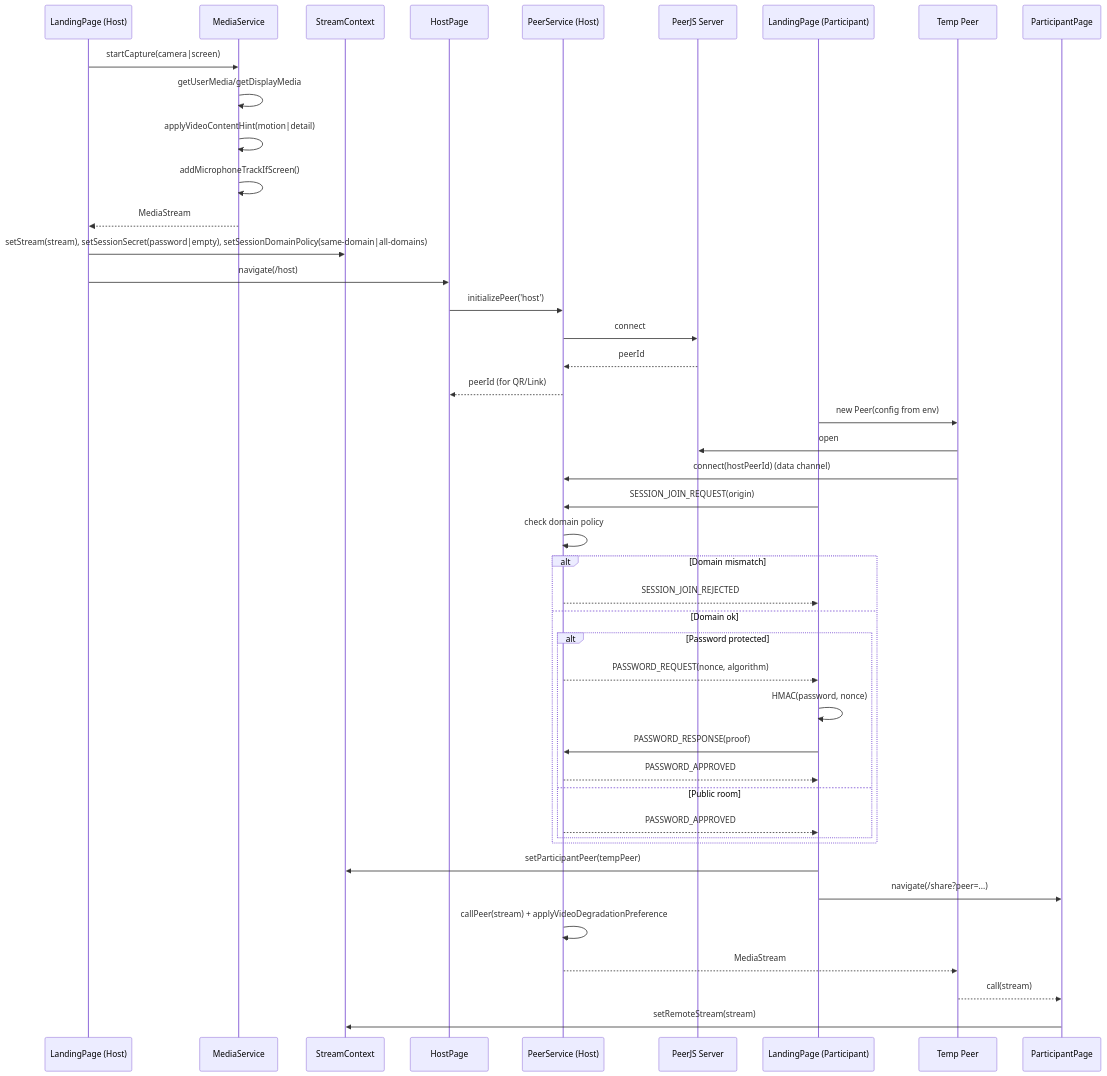
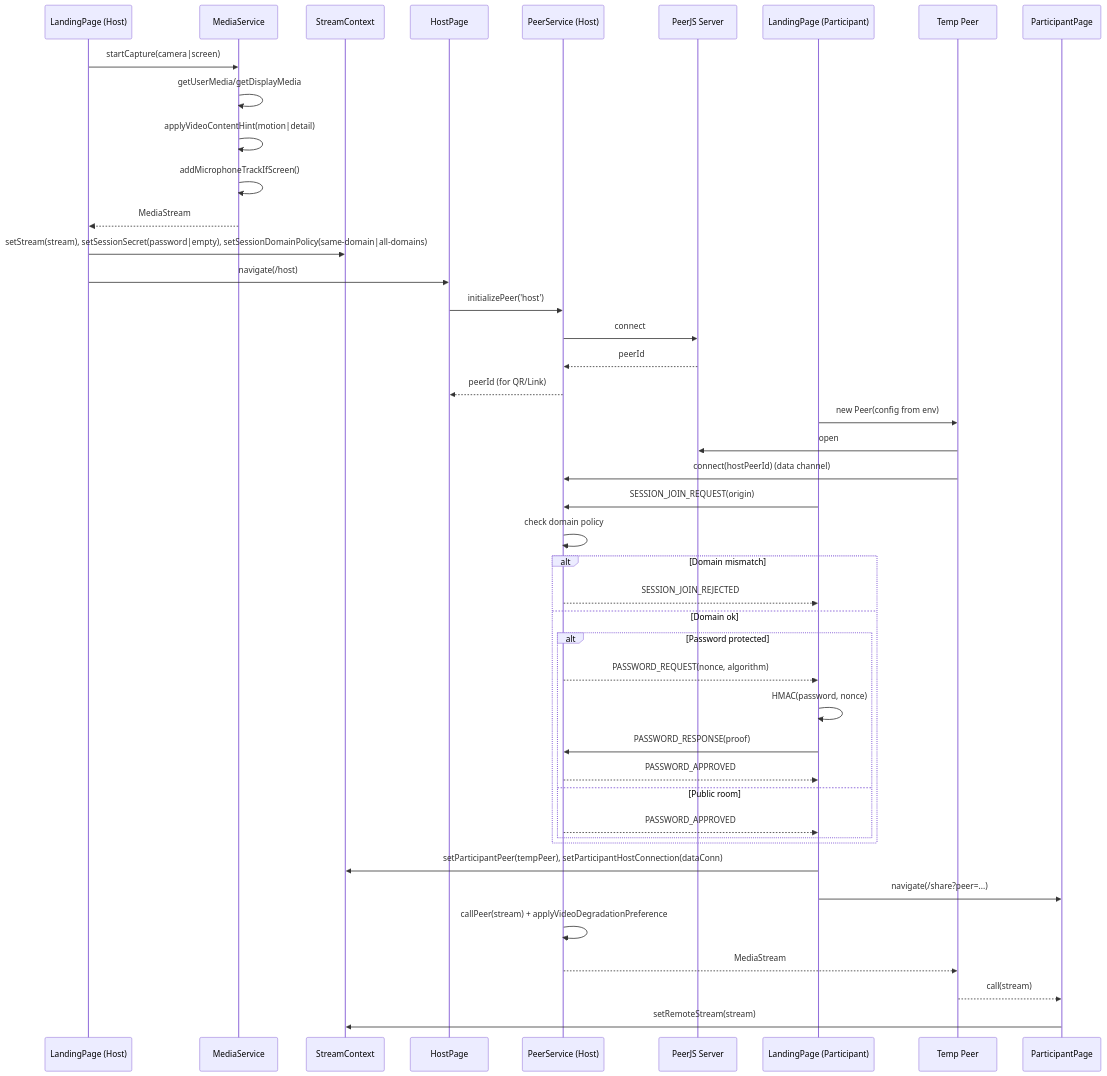
Before and after one commit to BackGwa/Perspective: the first of 11 diagrams in ARCHITECTURE.md, drawn with Mermaid. The commit also changed other lines of this file, not shown here.

First line of the commit message:
Document chat messaging and in-session chat flows

````diff
--- a/ARCHITECTURE.md
+++ b/ARCHITECTURE.md
@@ -8,51 +8,51 @@
 ```mermaid
 sequenceDiagram
     participant HostLP as LandingPage (Host)
     participant MS as MediaService
     participant SC as StreamContext
     participant HostPage as HostPage
     participant PS as PeerService (Host)
     participant Server as PeerJS Server
     participant PartLP as LandingPage (Participant)
     participant PPeer as Temp Peer
     participant PartPage as ParticipantPage
 
     HostLP->>MS: startCapture(camera|screen)
     MS->>MS: getUserMedia/getDisplayMedia
     MS->>MS: applyVideoContentHint(motion|detail)
     MS->>MS: addMicrophoneTrackIfScreen()
     MS-->>HostLP: MediaStream
     HostLP->>SC: setStream(stream), setSessionSecret(password|empty), setSessionDomainPolicy(same-domain|all-domains)
     HostLP->>HostPage: navigate(/host)
 
     HostPage->>PS: initializePeer('host')
     PS->>Server: connect
     Server-->>PS: peerId
     PS-->>HostPage: peerId (for QR/Link)
 
     PartLP->>PPeer: new Peer(config from env)
     PPeer->>Server: open
     PPeer->>PS: connect(hostPeerId) (data channel)
     PartLP->>PS: SESSION_JOIN_REQUEST(origin)
     PS->>PS: check domain policy
 
     alt Domain mismatch
         PS-->>PartLP: SESSION_JOIN_REJECTED
     else Domain ok
         alt Password protected
             PS-->>PartLP: PASSWORD_REQUEST(nonce, algorithm)
             PartLP->>PartLP: HMAC(password, nonce)
             PartLP->>PS: PASSWORD_RESPONSE(proof)
             PS-->>PartLP: PASSWORD_APPROVED
         else Public room
             PS-->>PartLP: PASSWORD_APPROVED
         end
     end
 
-    PartLP->>SC: setParticipantPeer(tempPeer)
+    PartLP->>SC: setParticipantPeer(tempPeer), setParticipantHostConnection(dataConn)
     PartLP->>PartPage: navigate(/share?peer=...)
     PS->>PS: callPeer(stream) + applyVideoDegradationPreference
     PS-->>PPeer: MediaStream
     PPeer-->>PartPage: call(stream)
     PartPage->>SC: setRemoteStream(stream)
 ```
````
